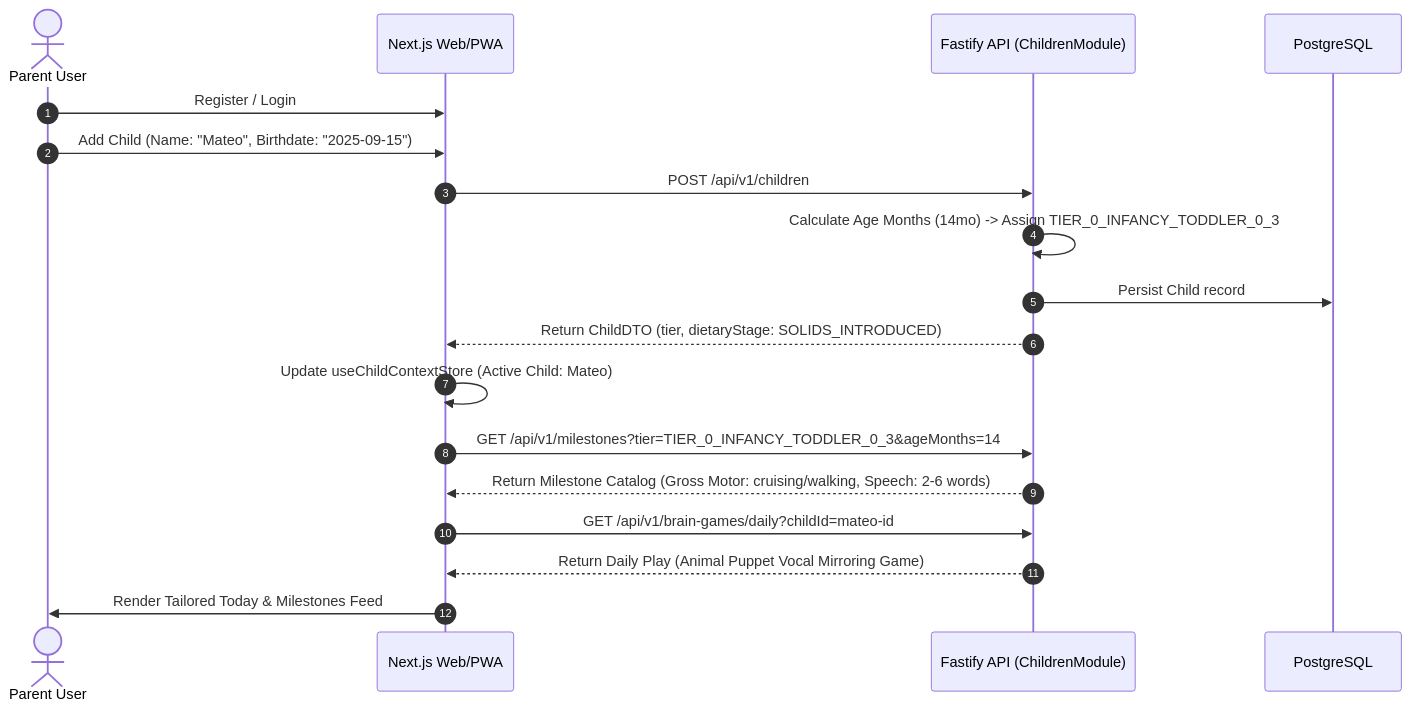
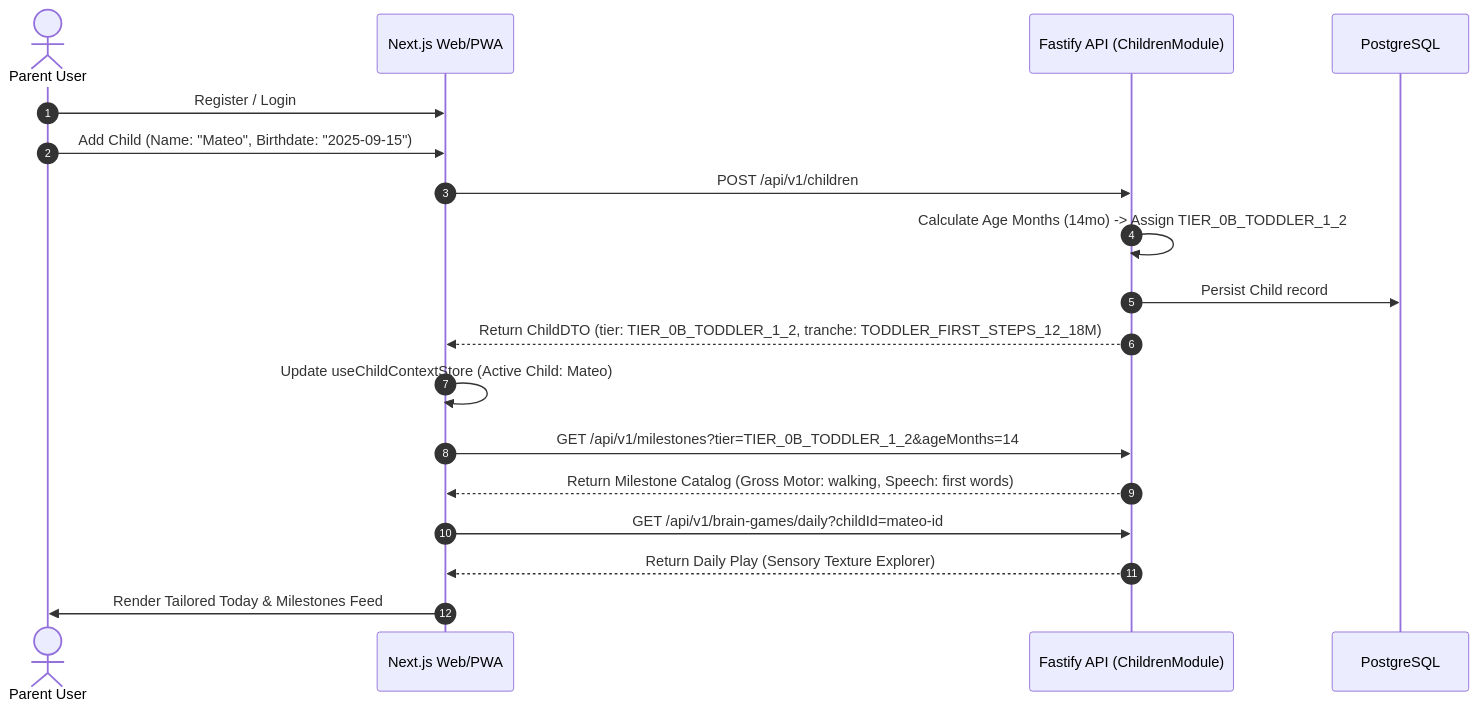
One commit to Souheil007/AlongSide changed the second of 4 diagrams in docs/system-architecture.md. Above: the diagram before and after it, drawn with Mermaid. The commit also changed other lines of this file and 27 other files, not shown here.

Commit message:
chore(docs): consolidate system architecture, move design system and culture digest to docs

````diff
--- a/docs/system-architecture.md
+++ b/docs/system-architecture.md
@@ -267,22 +315,22 @@
 ```mermaid
 sequenceDiagram
     autonumber
     actor Parent as Parent User
     participant Web as Next.js Web/PWA
     participant API as Fastify API (ChildrenModule)
     participant DB as PostgreSQL
 
     Parent->>Web: Register / Login
     Parent->>Web: Add Child (Name: "Mateo", Birthdate: "2025-09-15")
     Web->>API: POST /api/v1/children
-    API->>API: Calculate Age Months (14mo) -> Assign TIER_0_INFANCY_TODDLER_0_3
+    API->>API: Calculate Age Months (14mo) -> Assign TIER_0B_TODDLER_1_2
     API->>DB: Persist Child record
-    API-->>Web: Return ChildDTO (tier, dietaryStage: SOLIDS_INTRODUCED)
+    API-->>Web: Return ChildDTO (tier: TIER_0B_TODDLER_1_2, tranche: TODDLER_FIRST_STEPS_12_18M)
 
     Web->>Web: Update useChildContextStore (Active Child: Mateo)
-    Web->>API: GET /api/v1/milestones?tier=TIER_0_INFANCY_TODDLER_0_3&ageMonths=14
-    API-->>Web: Return Milestone Catalog (Gross Motor: cruising/walking, Speech: 2-6 words)
+    Web->>API: GET /api/v1/milestones?tier=TIER_0B_TODDLER_1_2&ageMonths=14
+    API-->>Web: Return Milestone Catalog (Gross Motor: walking, Speech: first words)
     Web->>API: GET /api/v1/brain-games/daily?childId=mateo-id
-    API-->>Web: Return Daily Play (Animal Puppet Vocal Mirroring Game)
+    API-->>Web: Return Daily Play (Sensory Texture Explorer)
     Web->>Parent: Render Tailored Today & Milestones Feed
 ```
````
